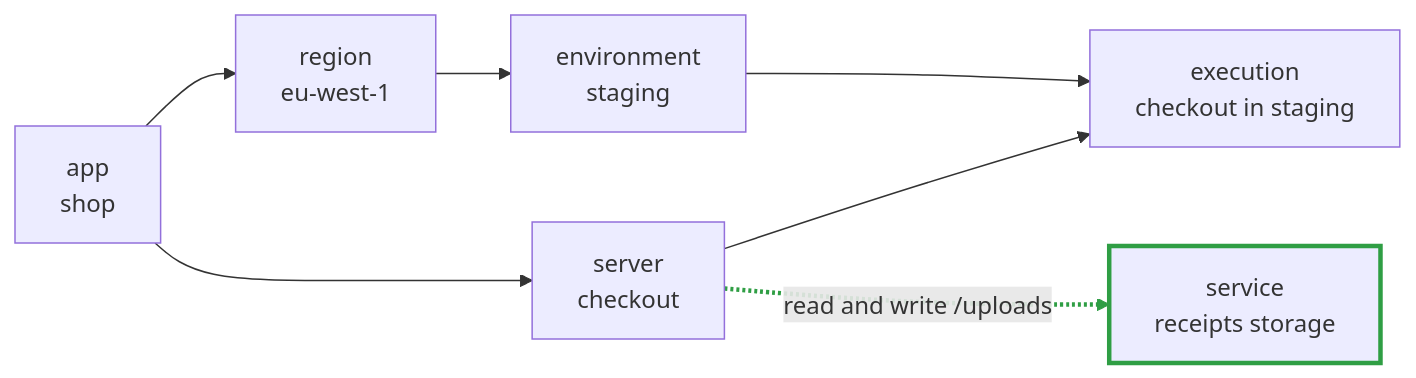
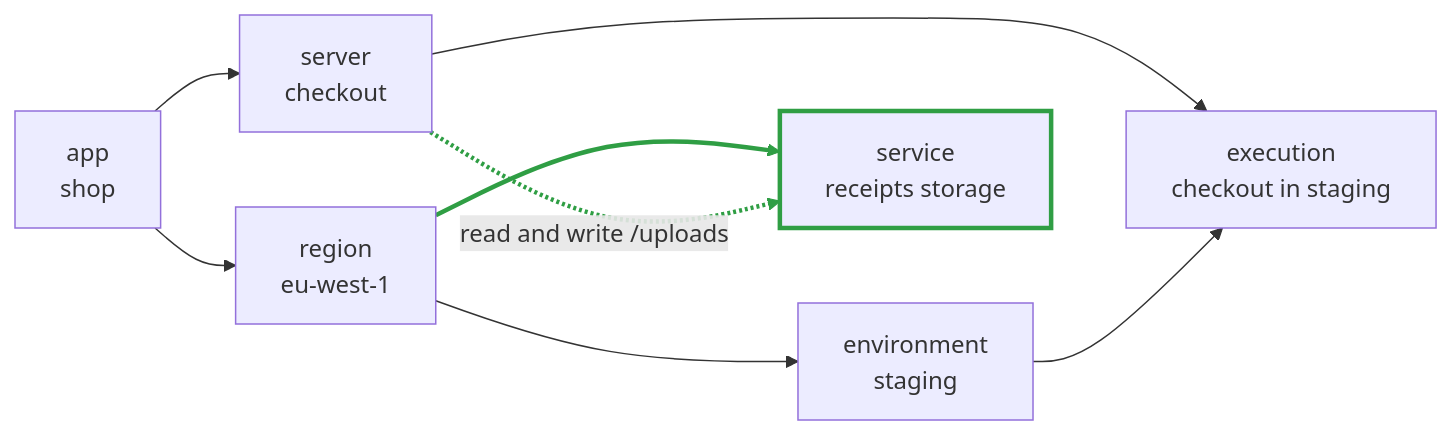
The diagram in apps/octo-docs/docs/why-octo.mdx (quadnix/octo), drawn with Mermaid before and after one commit. The commit also changed other lines of this file and 9 other files, not shown here.

Commit message:
chore(docs): octo | place a service under any parents with a type and label, and put the static website in a serverless region.

````diff
--- a/apps/octo-docs/docs/why-octo.mdx
+++ b/apps/octo-docs/docs/why-octo.mdx
@@ -116,19 +116,20 @@
 ```mermaid
 graph LR
 ;
     app["app<br/>shop"];
     region["region<br/>eu-west-1"];
     environment["environment<br/>staging"];
     server["server<br/>checkout"];
     execution["execution<br/>checkout in staging"];
     service["service<br/>receipts storage"];
     app --> region;
     region --> environment;
     app --> server;
     server --> execution;
     environment --> execution;
+    region --> service;
     server -. " read and write /uploads " .-> service;
     classDef added stroke: #2f9e44, stroke-width: 3px;
     class service added;
-    linkStyle 5 stroke: #2f9e44, stroke-width: 3px;
+    linkStyle 5,6 stroke: #2f9e44, stroke-width: 3px;
 ```
````
